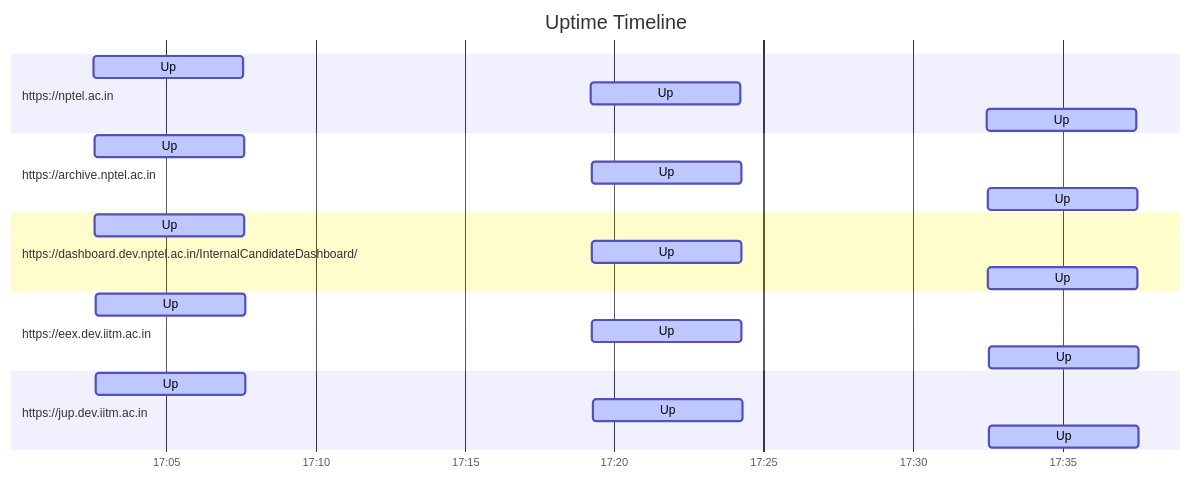
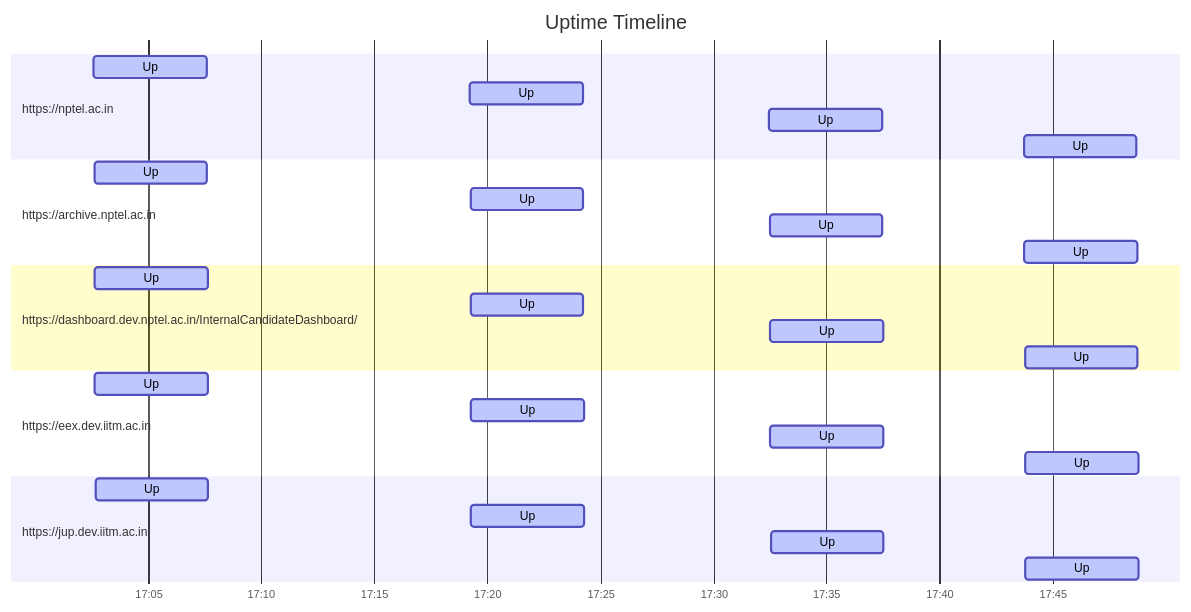
The diagram in results.md (nchandra75/monitor), drawn with Mermaid before and after one commit. The commit also changed other lines of this file and 1 other file, not shown here.

````diff
--- a/results.md
+++ b/results.md
@@ -21,26 +21,31 @@
 ```mermaid
 gantt
     title Uptime Timeline
     dateFormat YYYY-MM-DD HH:mm:ss
     axisFormat %H:%M
     section https://nptel.ac.in
         Up: active, 2024-09-13 17:02:35, 5m
         Up: active, 2024-09-13 17:19:13, 5m
         Up: active, 2024-09-13 17:32:28, 5m
+        Up: active, 2024-09-13 17:43:43, 5m
     section https://archive.nptel.ac.in
         Up: active, 2024-09-13 17:02:37, 5m
         Up: active, 2024-09-13 17:19:15, 5m
         Up: active, 2024-09-13 17:32:29, 5m
+        Up: active, 2024-09-13 17:43:45, 5m
     section https://dashboard.dev.nptel.ac.in/InternalCandidateDashboard/
         Up: active, 2024-09-13 17:02:38, 5m
         Up: active, 2024-09-13 17:19:15, 5m
         Up: active, 2024-09-13 17:32:30, 5m
+        Up: active, 2024-09-13 17:43:46, 5m
     section https://eex.dev.iitm.ac.in
         Up: active, 2024-09-13 17:02:39, 5m
         Up: active, 2024-09-13 17:19:16, 5m
         Up: active, 2024-09-13 17:32:31, 5m
+        Up: active, 2024-09-13 17:43:47, 5m
     section https://jup.dev.iitm.ac.in
         Up: active, 2024-09-13 17:02:40, 5m
         Up: active, 2024-09-13 17:19:17, 5m
         Up: active, 2024-09-13 17:32:32, 5m
+        Up: active, 2024-09-13 17:43:48, 5m
 ```
````
